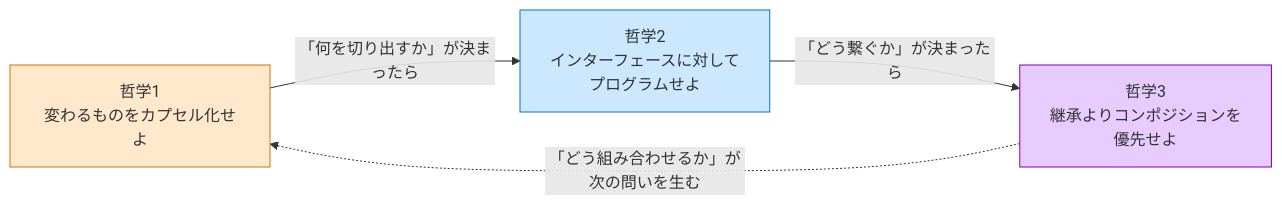
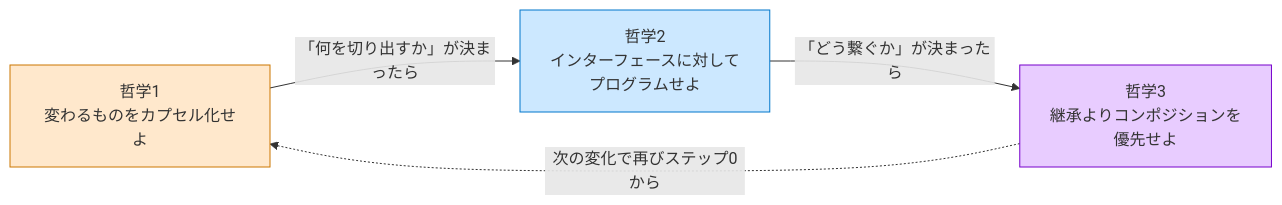
The eighth of 9 diagrams in kindle/design-patterns/output/chapter00.md (kumachan1101-pixel/DesignPattern), drawn with Mermaid before and after one commit. The commit also changed other lines of this file and 2 other files, not shown here.

````diff
--- a/kindle/design-patterns/output/chapter00.md
+++ b/kindle/design-patterns/output/chapter00.md
@@ -430,14 +470,14 @@
 ```mermaid
 graph LR
     P1["哲学1\n変わるものをカプセル化せよ"]
     P2["哲学2\nインターフェースに対して\nプログラムせよ"]
     P3["哲学3\n継承よりコンポジションを\n優先せよ"]
 
     P1 -->|「何を切り出すか」が決まったら| P2
     P2 -->|「どう繋ぐか」が決まったら| P3
-    P3 -.->|「どう組み合わせるか」が次の問いを生む| P1
+    P3 -.->|次の変化で再びステップ0から| P1
 
     style P1 fill:#ffe8cc,stroke:#cc7700
     style P2 fill:#cce8ff,stroke:#0077cc
     style P3 fill:#e8ccff,stroke:#7700cc
 ```
````
